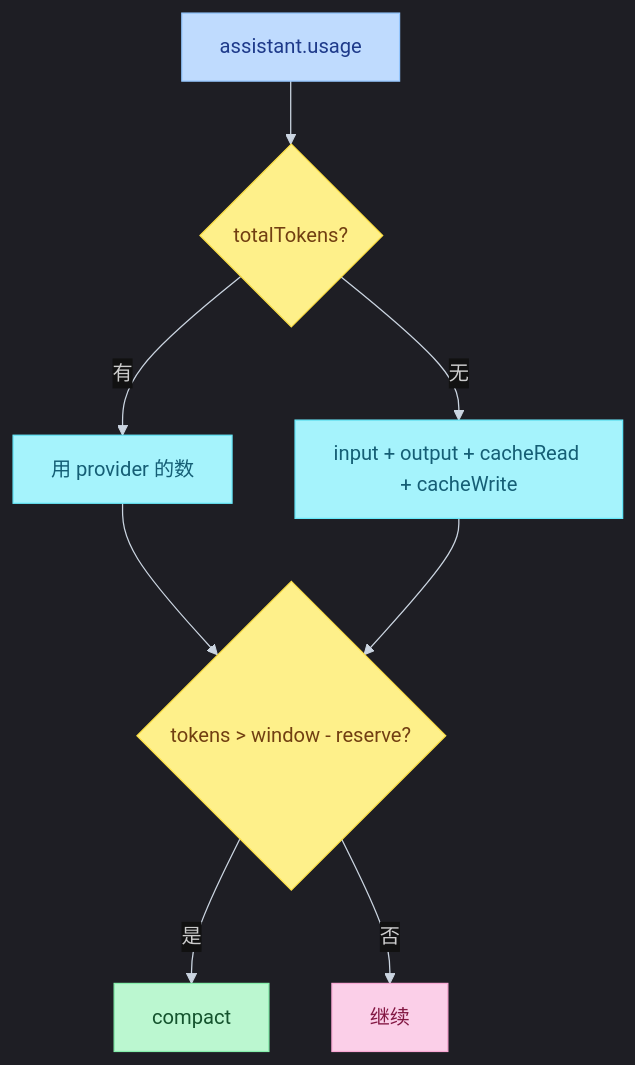
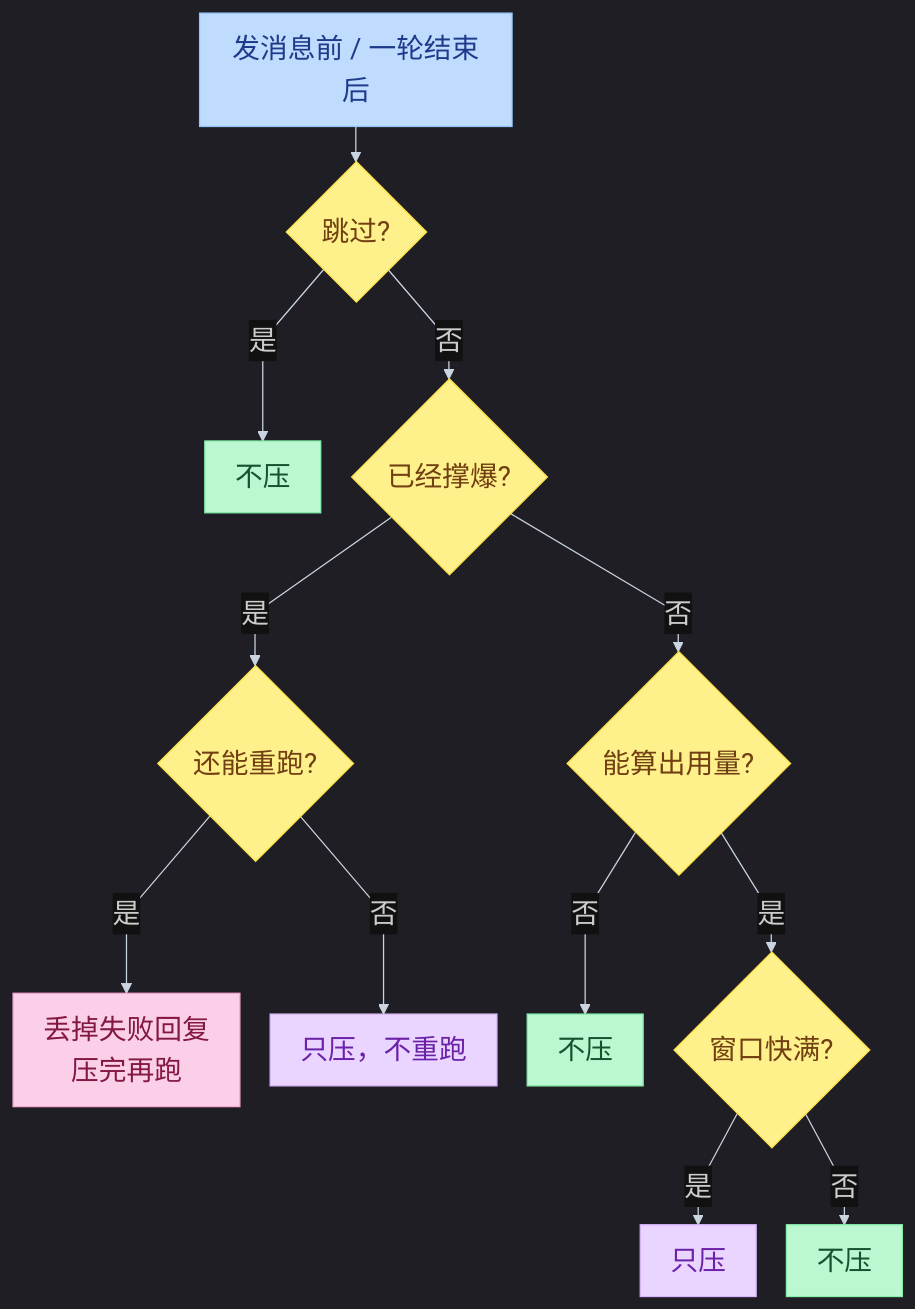
The second of 3 diagrams in 13-pi-agent/05-compaction.md (juliepy/AI-Engineer-from-scrach), drawn with Mermaid before and after one commit. The commit also changed other lines of this file and 4 other files, not shown here.

Commit message:
Rewrite Pi sessions through Interactive notes around source call traces and three-layer diagrams.

````diff
--- a/13-pi-agent/05-compaction.md
+++ b/13-pi-agent/05-compaction.md
@@ -139,23 +142,27 @@
 ```mermaid
-%%{init: {"theme": "dark", "themeVariables": {"fontSize": "16px", "background": "#000000", "lineColor": "#CBD5E1", "edgeLabelBackground": "#111111"}}}%%
-flowchart TD
-    U["assistant.usage"] --> T{"totalTokens?"}
-    T -->|"有"| N["用 provider 的数"]
-    T -->|"无"| S["input + output + cacheRead + cacheWrite"]
-    N --> CMP{"tokens > window - reserve?"}
-    S --> CMP
-    CMP -->|"是"| YES["compact"]
-    CMP -->|"否"| NO["继续"]
+%%{init: {"theme": "dark", "flowchart": {"curve": "linear", "rankSpacing": 28, "nodeSpacing": 24, "padding": 12, "useMaxWidth": false, "htmlLabels": true}, "themeVariables": {"fontSize": "22px", "background": "#000000", "lineColor": "#CBD5E1", "edgeLabelBackground": "#111111"}, "themeCSS": ".nodeLabel,.label,span{font-size:22px!important}"}}%%
+flowchart TB
+    IN["发消息前 / 一轮结束后"] --> SKIP{"跳过?"}
+    SKIP -->|是| N1["不压"]
+    SKIP -->|否| OV{"已经撑爆?"}
+    OV -->|是| SR{"还能重跑?"}
+    SR -->|是| Y1["丢掉失败回复<br/>压完再跑"]
+    SR -->|否| Y2["只压，不重跑"]
+    OV -->|否| U{"能算出用量?"}
+    U -->|否| N2["不压"]
+    U -->|是| TH{"窗口快满?"}
+    TH -->|是| Y3["只压"]
+    TH -->|否| N3["不压"]
 
-    classDef a fill:#BFDBFE,stroke:#93C5FD,color:#1E3A8A
-    classDef d fill:#FEF08A,stroke:#FDE047,color:#713F12
-    classDef b fill:#A5F3FC,stroke:#67E8F9,color:#155E75
-    classDef y fill:#BBF7D0,stroke:#86EFAC,color:#14532D
-    classDef n fill:#FBCFE8,stroke:#F9A8D4,color:#831843
+    classDef start fill:#BFDBFE,stroke:#93C5FD,color:#1E3A8A,font-size:22px
+    classDef dec fill:#FEF08A,stroke:#FDE047,color:#713F12,font-size:22px
+    classDef prod fill:#E9D5FF,stroke:#D8B4FE,color:#6B21A8,font-size:22px
+    classDef bad fill:#FBCFE8,stroke:#F9A8D4,color:#831843,font-size:22px
+    classDef ok fill:#BBF7D0,stroke:#86EFAC,color:#14532D,font-size:22px
 
-    class U a
-    class T,CMP d
-    class N,S b
-    class YES y
-    class NO n
+    class IN start
+    class SKIP,OV,SR,U,TH dec
+    class Y1 bad
+    class Y2,Y3 prod
+    class N1,N2,N3 ok
 ```
````
